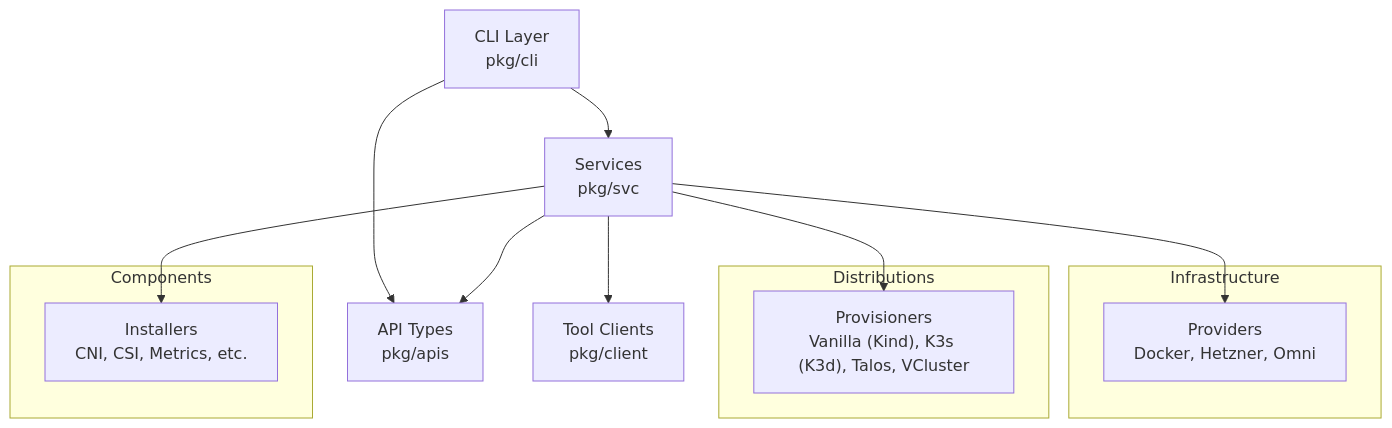
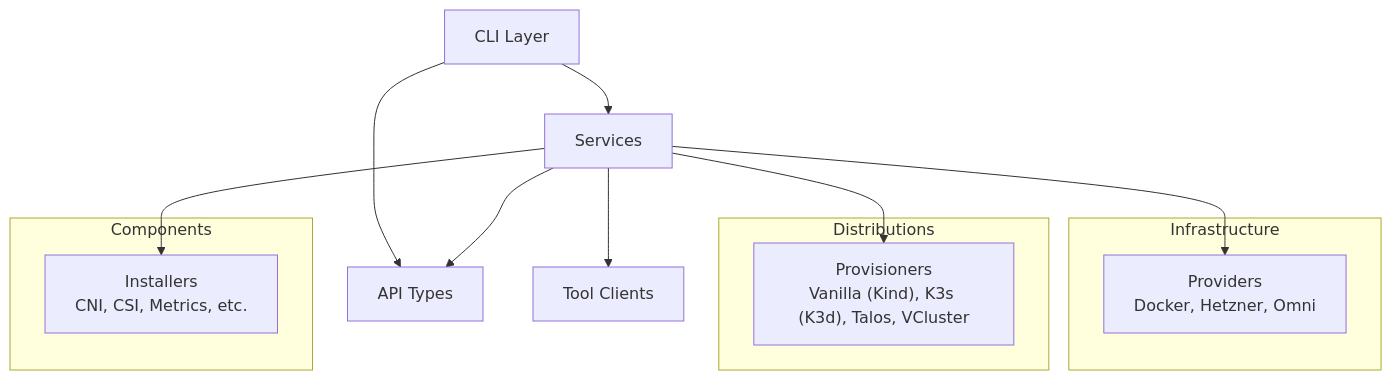
The first of 2 diagrams in docs/src/content/docs/architecture.mdx (devantler-tech/ksail), drawn with Mermaid before and after one commit. The commit also changed other lines of this file, not shown here.

First line of the commit message:
docs: remove contributor-only internals from architecture page

`````diff
--- a/docs/src/content/docs/architecture.mdx
+++ b/docs/src/content/docs/architecture.mdx
@@ -20,28 +20,28 @@
 ````mermaid
 graph TB
-    CLI[CLI Layer<br/>pkg/cli]
-    APIs[API Types<br/>pkg/apis]
-    Services[Services<br/>pkg/svc]
-    Clients[Tool Clients<br/>pkg/client]
+    CLI[CLI Layer]
+    APIs[API Types]
+    Services[Services]
+    Clients[Tool Clients]
 
     CLI --> Services
     CLI --> APIs
     Services --> APIs
     Services --> Clients
 
     subgraph "Infrastructure"
         Provider[Providers<br/>Docker, Hetzner, Omni]
     end
 
     subgraph "Distributions"
         Provisioner["Provisioners<br/>Vanilla (Kind), K3s (K3d), Talos, VCluster"]
     end
 
     subgraph "Components"
         Installer[Installers<br/>CNI, CSI, Metrics, etc.]
     end
 
     Services --> Provider
     Services --> Provisioner
     Services --> Installer
 ````
`````
